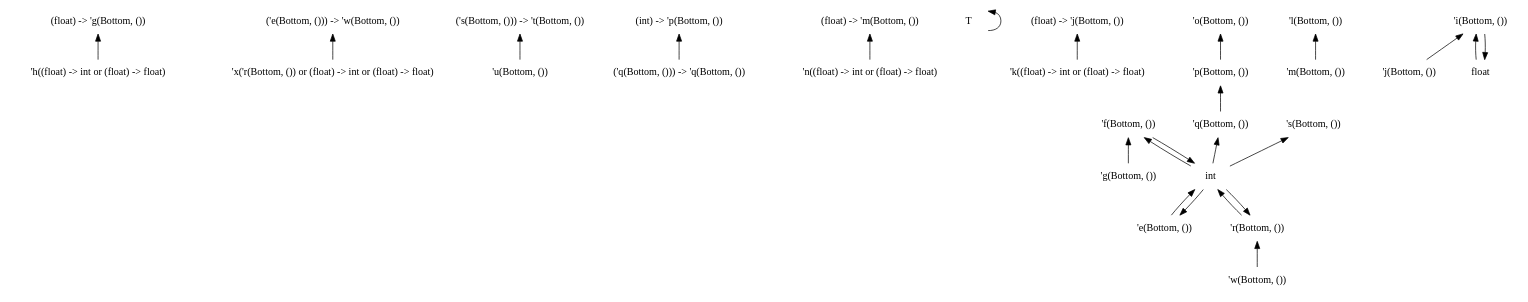
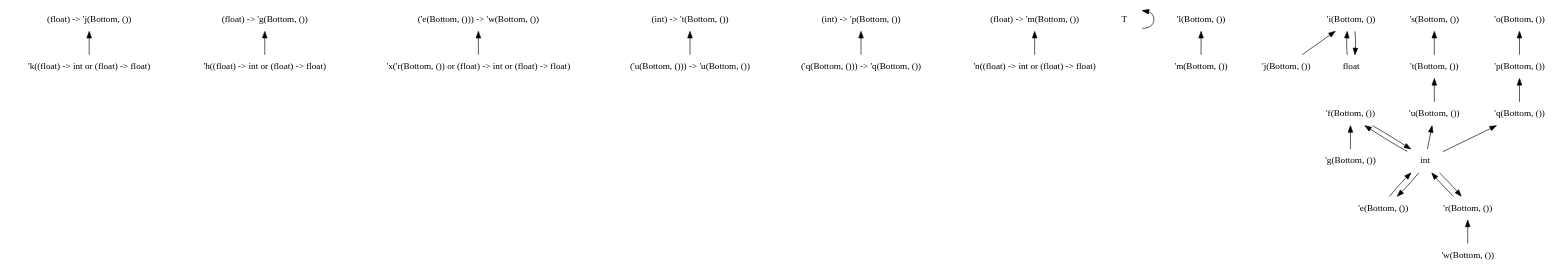
The diagram in dots/0.dot (chocobo333/regino), drawn with Graphviz before and after one commit. The commit also changed 39 other files, not shown here.

```diff
--- a/dots/0.dot
+++ b/dots/0.dot
@@ -1,62 +1,66 @@
 digraph order {
   graph [
     size = "30,10"
     ];
   node [
     shape = none
     ];
   edge [
     dir = back
     ];
+  "(float) -> 'j(Bottom, ())"
   "(float) -> 'g(Bottom, ())"
   "('e(Bottom, ())) -> 'w(Bottom, ())"
-  "('s(Bottom, ())) -> 't(Bottom, ())"
+  "(int) -> 't(Bottom, ())"
   "(int) -> 'p(Bottom, ())"
   "(float) -> 'm(Bottom, ())"
   "T"
   "'x('r(Bottom, ()) or (float) -> int or (float) -> float)"
   "'h((float) -> int or (float) -> float)"
   "'k((float) -> int or (float) -> float)"
   "'n((float) -> int or (float) -> float)"
+  "'m(Bottom, ())"
+  "'i(Bottom, ())"
+  "'j(Bottom, ())"
   "'f(Bottom, ())"
   "'g(Bottom, ())"
   "'e(Bottom, ())"
   "'w(Bottom, ())"
+  "'t(Bottom, ())"
   "'u(Bottom, ())"
   "'r(Bottom, ())"
   "'p(Bottom, ())"
   "'q(Bottom, ())"
-  "'m(Bottom, ())"
-  "'i(Bottom, ())"
-  "'j(Bottom, ())"
+  "'l(Bottom, ())"
   "'s(Bottom, ())"
   "'o(Bottom, ())"
-  "'l(Bottom, ())"
   "float"
   "int"
+  "('u(Bottom, ())) -> 'u(Bottom, ())"
   "('q(Bottom, ())) -> 'q(Bottom, ())"
-  "(float) -> 'j(Bottom, ())"
   "(int) -> 'p(Bottom, ())" -> "('q(Bottom, ())) -> 'q(Bottom, ())"
   "(float) -> 'm(Bottom, ())" -> "'n((float) -> int or (float) -> float)"
+  "'i(Bottom, ())" -> "'j(Bottom, ())"
+  "'i(Bottom, ())" -> "float"
   "(float) -> 'j(Bottom, ())" -> "'k((float) -> int or (float) -> float)"
+  "'f(Bottom, ())" -> "'g(Bottom, ())"
+  "'f(Bottom, ())" -> "int"
   "(float) -> 'g(Bottom, ())" -> "'h((float) -> int or (float) -> float)"
   "'e(Bottom, ())" -> "int"
   "T" -> "T"
   "float" -> "'i(Bottom, ())"
   "'r(Bottom, ())" -> "'w(Bottom, ())"
   "'r(Bottom, ())" -> "int"
-  "'s(Bottom, ())" -> "int"
+  "'s(Bottom, ())" -> "'t(Bottom, ())"
+  "'u(Bottom, ())" -> "int"
+  "'t(Bottom, ())" -> "'u(Bottom, ())"
   "int" -> "'r(Bottom, ())"
   "int" -> "'f(Bottom, ())"
   "int" -> "'e(Bottom, ())"
   "'o(Bottom, ())" -> "'p(Bottom, ())"
   "'q(Bottom, ())" -> "int"
   "'p(Bottom, ())" -> "'q(Bottom, ())"
   "'l(Bottom, ())" -> "'m(Bottom, ())"
-  "'i(Bottom, ())" -> "'j(Bottom, ())"
-  "'i(Bottom, ())" -> "float"
-  "'f(Bottom, ())" -> "'g(Bottom, ())"
-  "'f(Bottom, ())" -> "int"
   "('e(Bottom, ())) -> 'w(Bottom, ())" -> "'x('r(Bottom, ()) or (float) -> int or (float) -> float)"
-  "('s(Bottom, ())) -> 't(Bottom, ())" -> "'u(Bottom, ())"
+  "(int) -> 't(Bottom, ())" -> "('u(Bottom, ())) -> 'u(Bottom, ())"
 }
```
